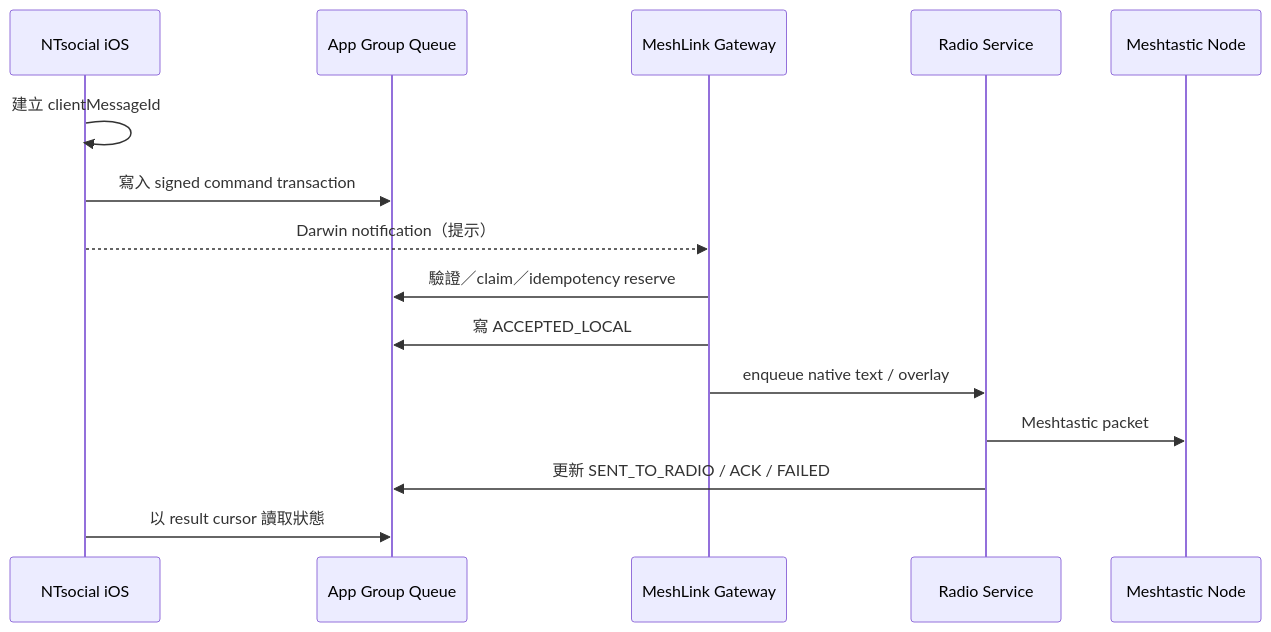
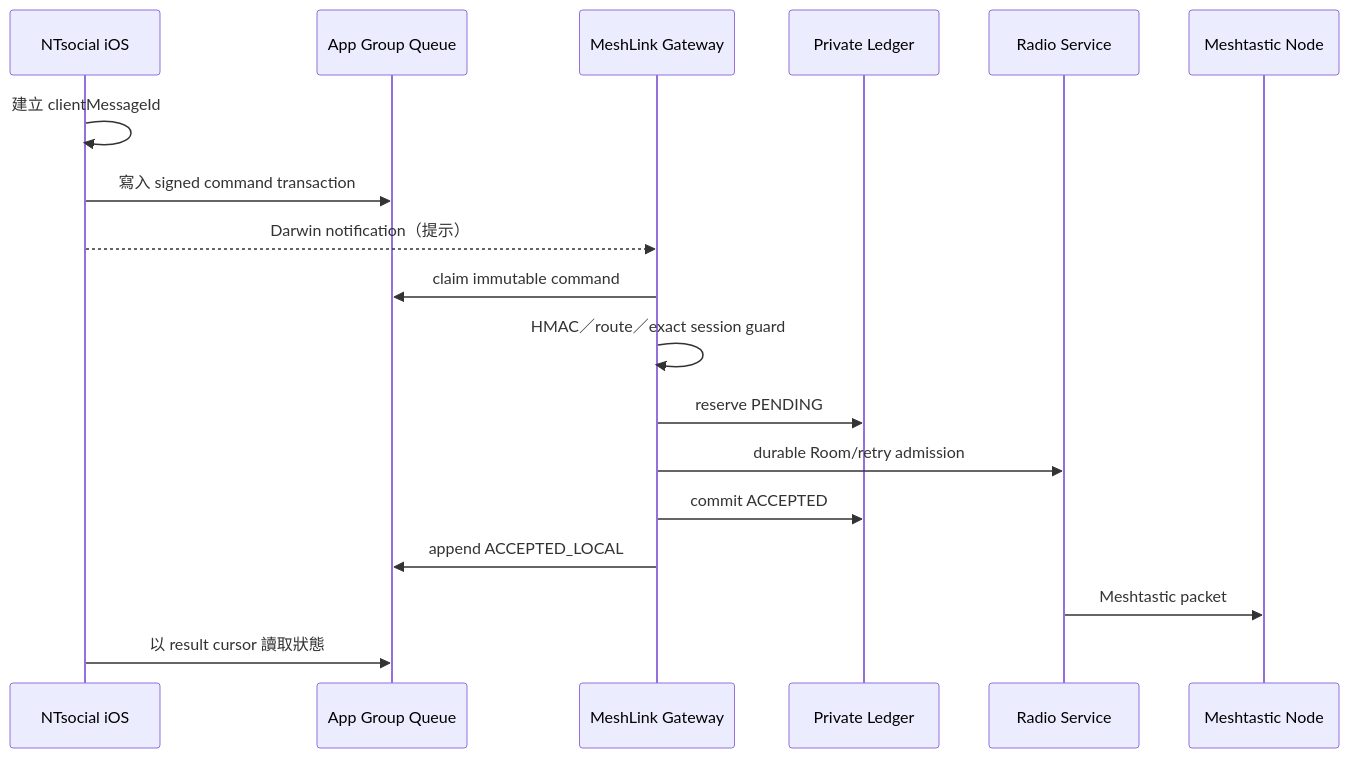
The fourth of 5 diagrams in IOS_NTSOCIAL_MESHLINK_DEVELOPMENT_CONSTRUCTION_PLAN.md (nuclear718/ntsocial-mesh-gateway-android), drawn with Mermaid before and after one commit. The commit also changed other lines of this file and 168 other files, not shown here.

````diff
--- a/IOS_NTSOCIAL_MESHLINK_DEVELOPMENT_CONSTRUCTION_PLAN.md
+++ b/IOS_NTSOCIAL_MESHLINK_DEVELOPMENT_CONSTRUCTION_PLAN.md
@@ -704,18 +676,21 @@
 ```mermaid
 sequenceDiagram
     participant N as NTsocial iOS
     participant Q as App Group Queue
     participant G as MeshLink Gateway
+    participant L as Private Ledger
     participant R as Radio Service
     participant M as Meshtastic Node
 
     N->>N: 建立 clientMessageId
     N->>Q: 寫入 signed command transaction
     N-->>G: Darwin notification（提示）
-    G->>Q: 驗證／claim／idempotency reserve
-    G->>Q: 寫 ACCEPTED_LOCAL
-    G->>R: enqueue native text / overlay
+    G->>Q: claim immutable command
+    G->>G: HMAC／route／exact session guard
+    G->>L: reserve PENDING
+    G->>R: durable Room/retry admission
+    G->>L: commit ACCEPTED
+    G->>Q: append ACCEPTED_LOCAL
     R->>M: Meshtastic packet
-    R->>Q: 更新 SENT_TO_RADIO / ACK / FAILED
     N->>Q: 以 result cursor 讀取狀態
 ```
````
